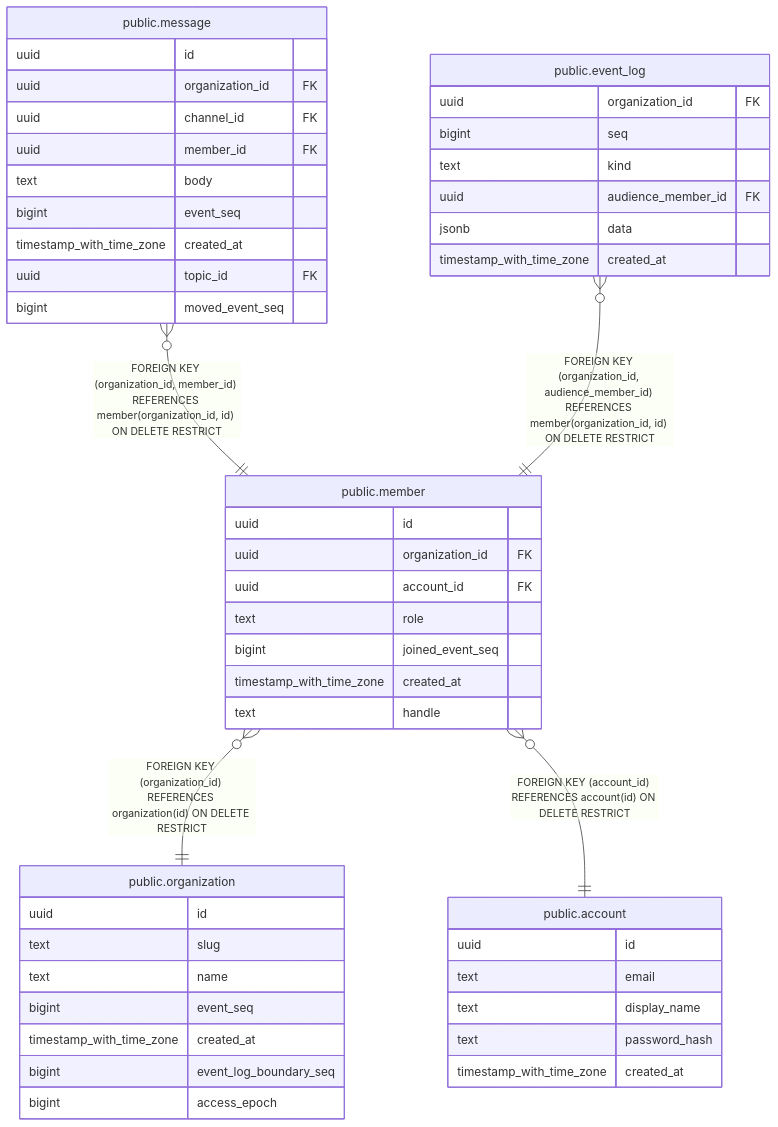
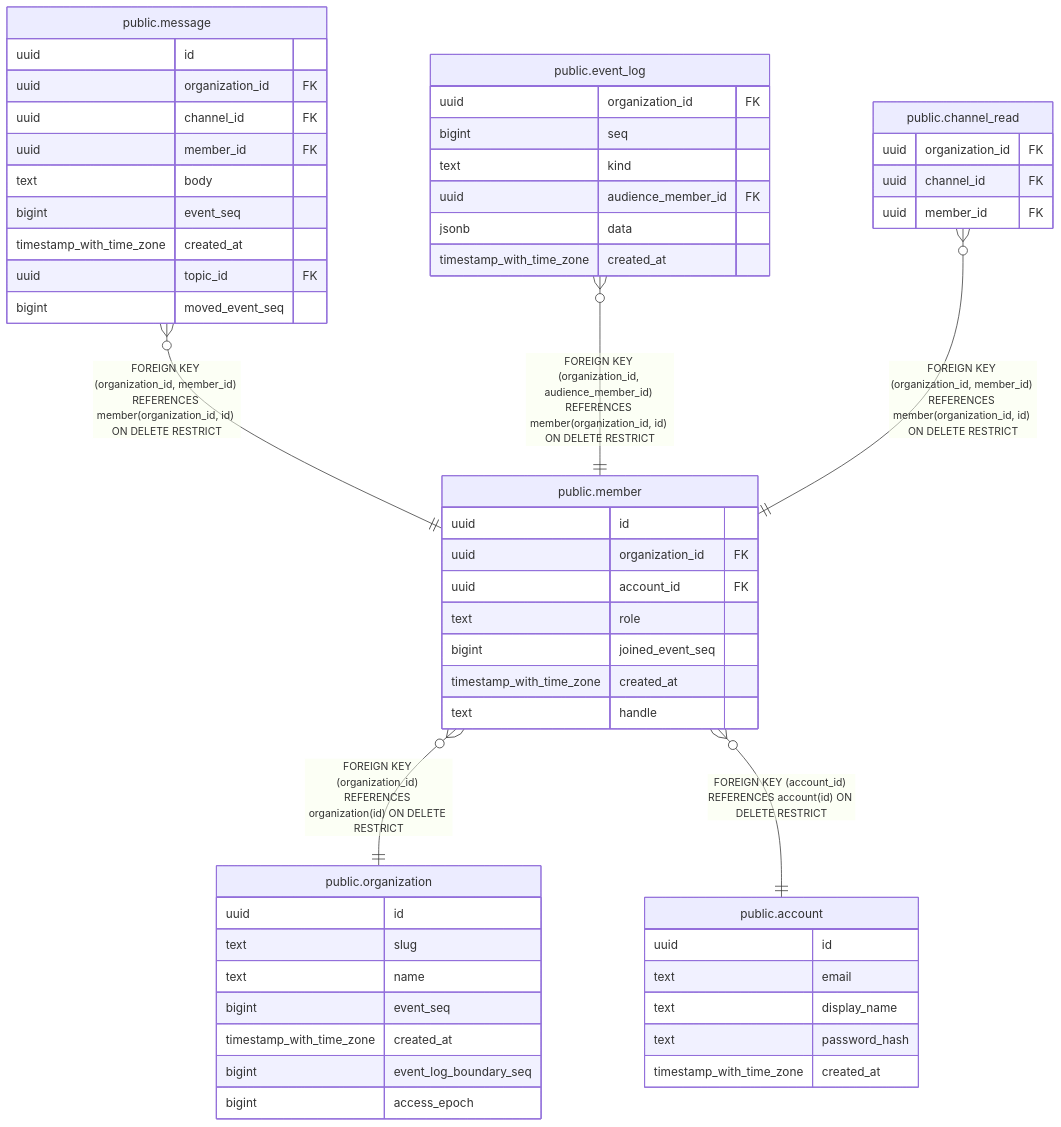
The diagram in docs/schema/public.member.md (tkakkie/ribbitto), drawn with Mermaid before and after one commit. The commit also changed other lines of this file and 40 other files, not shown here.

````diff
--- a/docs/schema/public.member.md
+++ b/docs/schema/public.member.md
@@ -55,53 +55,59 @@
 ```mermaid
 erDiagram
 
 "public.message" }o--|| "public.member" : "FOREIGN KEY (organization_id, member_id) REFERENCES member(organization_id, id) ON DELETE RESTRICT"
 "public.event_log" }o--|| "public.member" : "FOREIGN KEY (organization_id, audience_member_id) REFERENCES member(organization_id, id) ON DELETE RESTRICT"
+"public.channel_read" }o--|| "public.member" : "FOREIGN KEY (organization_id, member_id) REFERENCES member(organization_id, id) ON DELETE RESTRICT"
 "public.member" }o--|| "public.organization" : "FOREIGN KEY (organization_id) REFERENCES organization(id) ON DELETE RESTRICT"
 "public.member" }o--|| "public.account" : "FOREIGN KEY (account_id) REFERENCES account(id) ON DELETE RESTRICT"
 
 "public.member" {
   uuid id
   uuid organization_id FK
   uuid account_id FK
   text role
   bigint joined_event_seq
   timestamp_with_time_zone created_at
   text handle
 }
 "public.message" {
   uuid id
   uuid organization_id FK
   uuid channel_id FK
   uuid member_id FK
   text body
   bigint event_seq
   timestamp_with_time_zone created_at
   uuid topic_id FK
   bigint moved_event_seq
 }
 "public.event_log" {
   uuid organization_id FK
   bigint seq
   text kind
   uuid audience_member_id FK
   jsonb data
   timestamp_with_time_zone created_at
 }
+"public.channel_read" {
+  uuid organization_id FK
+  uuid channel_id FK
+  uuid member_id FK
+}
 "public.organization" {
   uuid id
   text slug
   text name
   bigint event_seq
   timestamp_with_time_zone created_at
   bigint event_log_boundary_seq
   bigint access_epoch
 }
 "public.account" {
   uuid id
   text email
   text display_name
   text password_hash
   timestamp_with_time_zone created_at
 }
 ```
````
